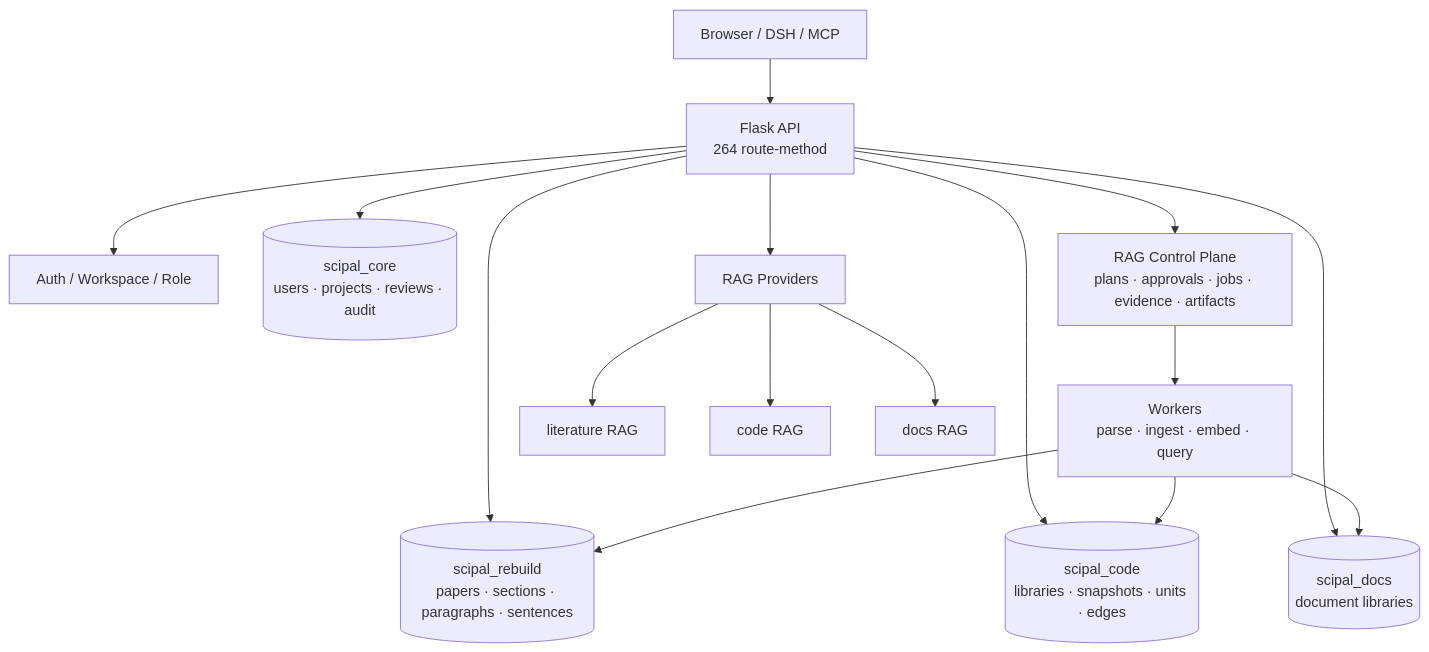
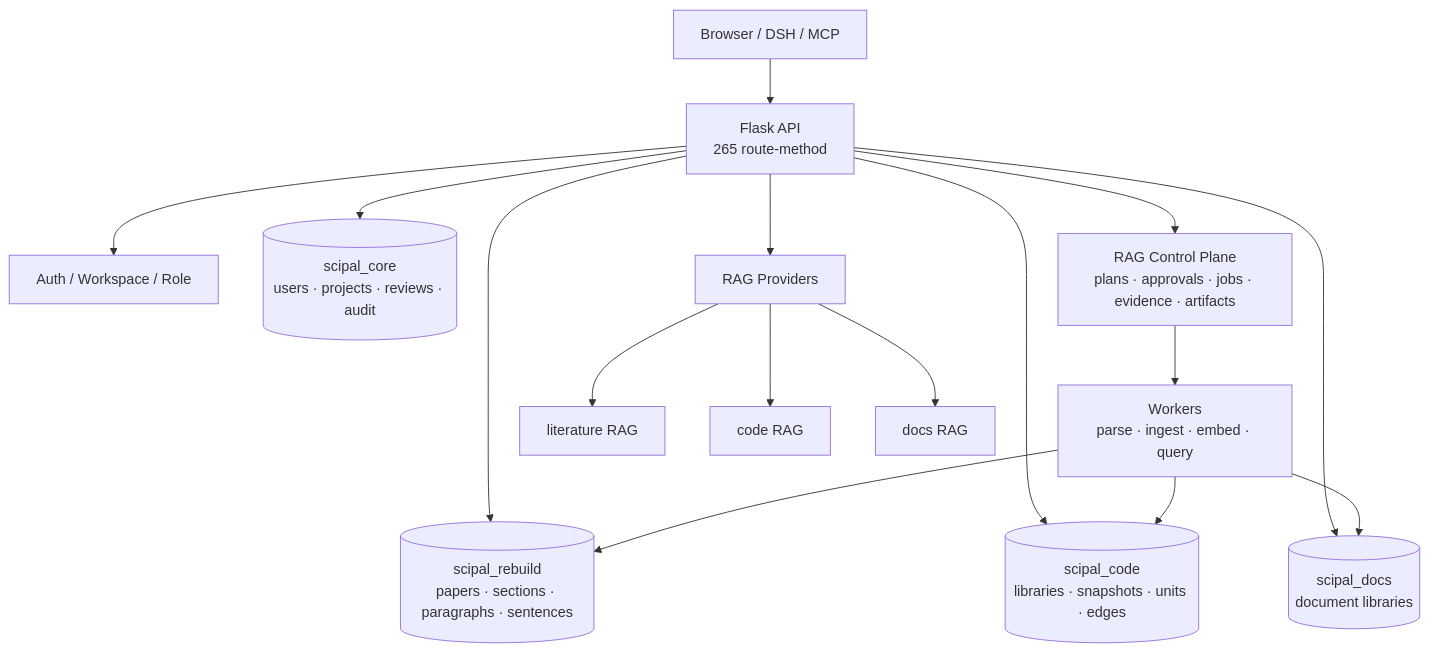
One commit to williamchen520/sci-pal changed the first of 2 diagrams in README.md. Above: the diagram before and after it, drawn with Mermaid. The commit also changed other lines of this file and 9 other files, not shown here.

````diff
--- a/README.md
+++ b/README.md
@@ -77,20 +77,20 @@
 ```mermaid
 flowchart TB
-    U["Browser / DSH / MCP"] --> API["Flask API<br/>264 route-method"]
+    U["Browser / DSH / MCP"] --> API["Flask API<br/>265 route-method"]
     API --> AUTH["Auth / Workspace / Role"]
     API --> CORE[("scipal_core<br/>users · projects · reviews · audit")]
     API --> CORPUS[("scipal_rebuild<br/>papers · sections · paragraphs · sentences")]
     API --> CODE[("scipal_code<br/>libraries · snapshots · units · edges")]
     API --> DOCS[("scipal_docs<br/>document libraries")]
 
     API --> CP["RAG Control Plane<br/>plans · approvals · jobs · evidence · artifacts"]
     CP --> WORKER["Workers<br/>parse · ingest · embed · query"]
     WORKER --> CORPUS
     WORKER --> CODE
     WORKER --> DOCS
 
     API --> PROV["RAG Providers"]
     PROV --> LIT["literature RAG"]
     PROV --> CRAG["code RAG"]
     PROV --> DRAG["docs RAG"]
 ```
````
